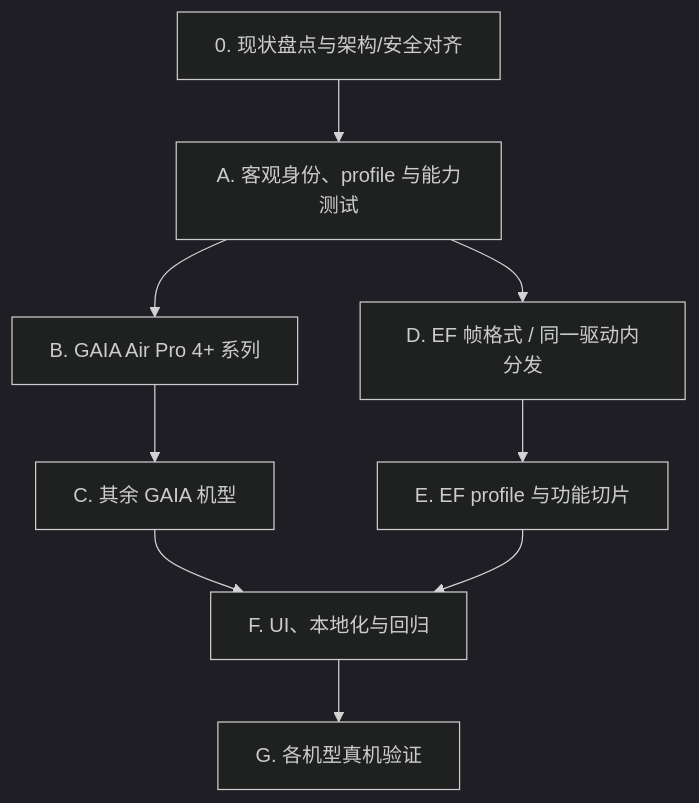
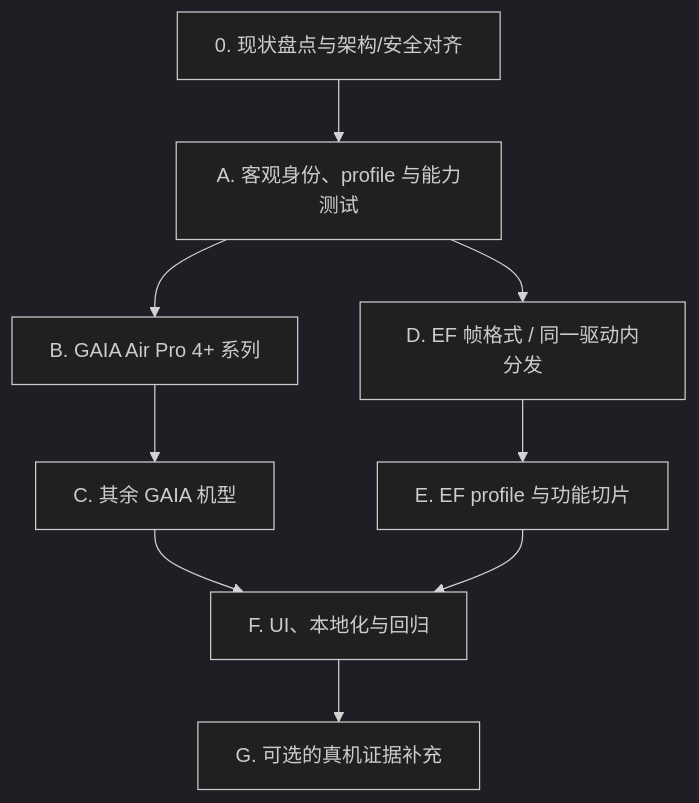
The diagram in docs/plan/EARFUN_MODEL_SUPPORT_DEVELOPMENT_PLAN.md (onlymash/WaveTune), drawn with Mermaid (dark theme) before and after one commit. The commit also changed other lines of this file and 45 other files, not shown here.

````diff
--- a/docs/plan/EARFUN_MODEL_SUPPORT_DEVELOPMENT_PLAN.md
+++ b/docs/plan/EARFUN_MODEL_SUPPORT_DEVELOPMENT_PLAN.md
@@ -114,11 +119,11 @@
 ```mermaid
 flowchart TD
     Z["0. 现状盘点与架构/安全对齐"] --> A["A. 客观身份、profile 与能力测试"]
     A --> B["B. GAIA Air Pro 4+ 系列"]
     B --> C["C. 其余 GAIA 机型"]
     A --> D["D. EF 帧格式 / 同一驱动内分发"]
     D --> E["E. EF profile 与功能切片"]
     C --> F["F. UI、本地化与回归"]
     E --> F
-    F --> G["G. 各机型真机验证"]
+    F --> G["G. 可选的真机证据补充"]
 ```
````
